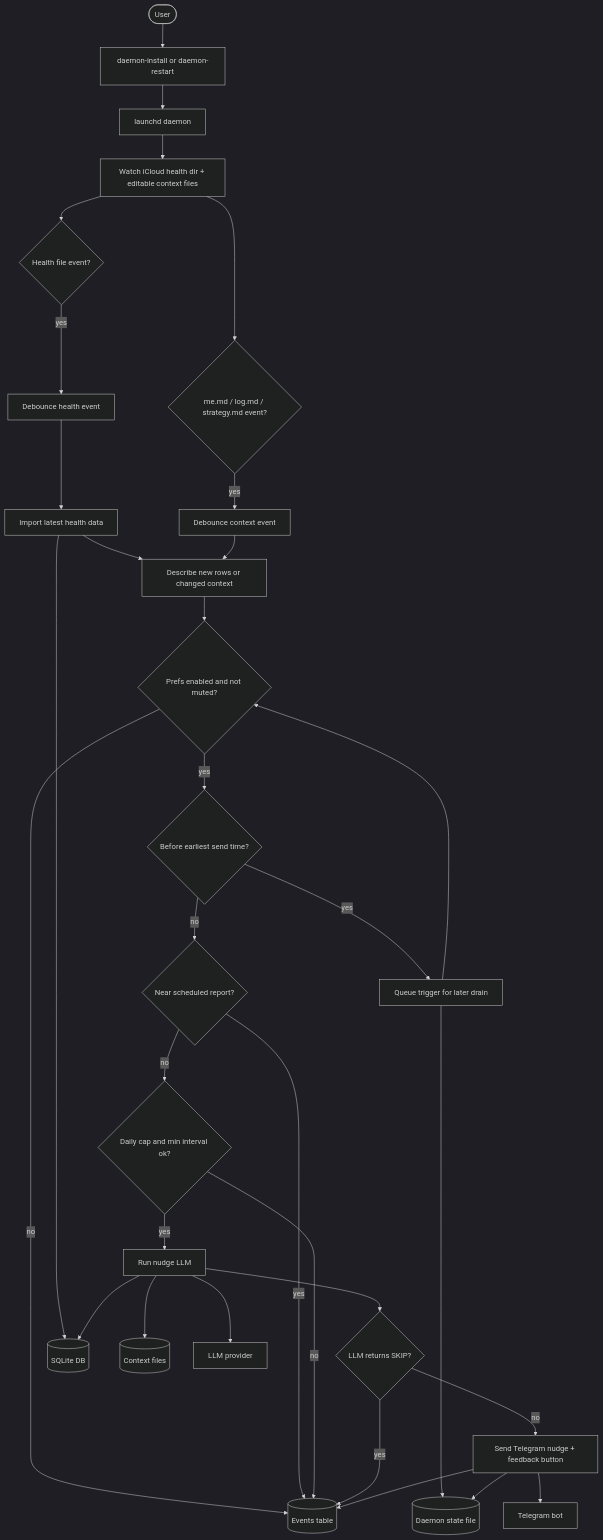
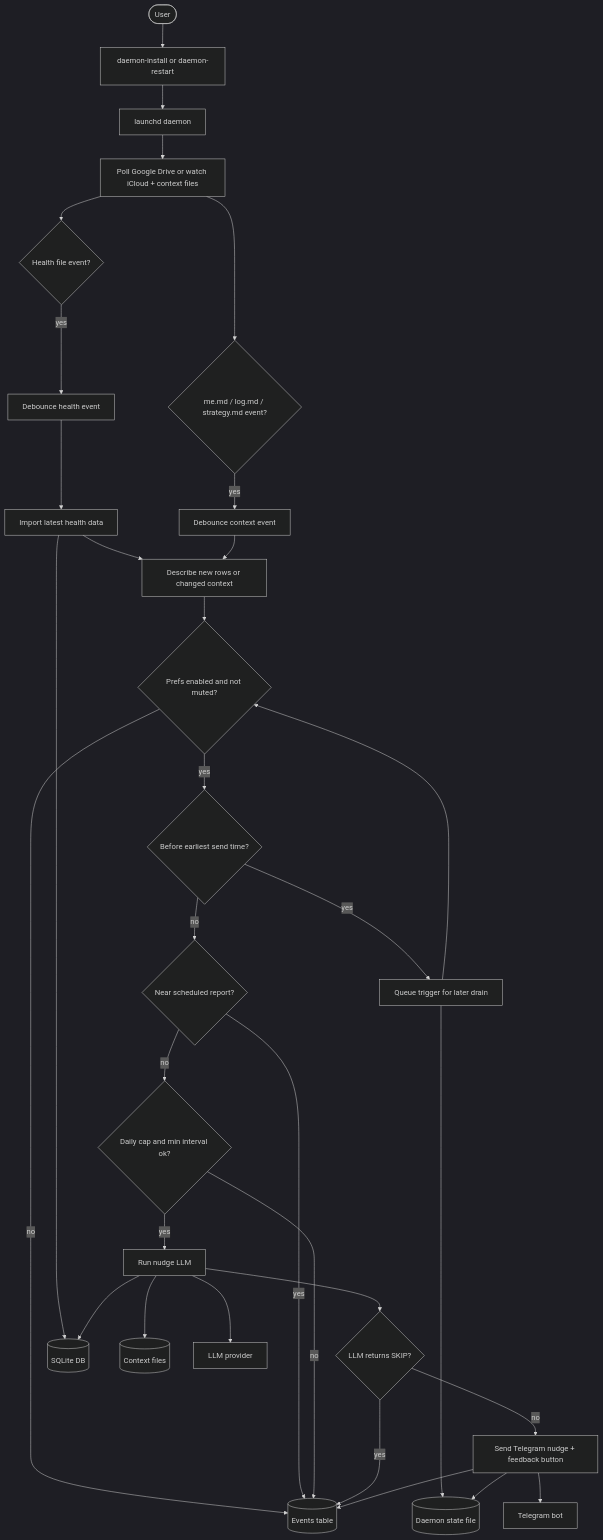
The third of 7 diagrams in docs/user-flow.md (Alchemication/zdrowskit), drawn with Mermaid (dark theme) before and after one commit. The commit also changed 18 other files, not shown here.

Commit message:
Poll Google Drive from daemon

````diff
--- a/docs/user-flow.md
+++ b/docs/user-flow.md
@@ -106,59 +106,59 @@
 ```mermaid
 flowchart TD
     user([User])
     install["daemon-install or daemon-restart"]
     daemon["launchd daemon"]
-    watcher["Watch iCloud health dir + editable context files"]
+    watcher["Poll Google Drive or watch iCloud + context files"]
     healthEvent{"Health file event?"}
     contextEvent{"me.md / log.md / strategy.md event?"}
     healthDebounce["Debounce health event"]
     contextDebounce["Debounce context event"]
     importData["Import latest health data"]
     delta["Describe new rows or changed context"]
     prefs{"Prefs enabled and not muted?"}
     quiet{"Before earliest send time?"}
     queue["Queue trigger for later drain"]
     reportWindow{"Near scheduled report?"}
     rate{"Daily cap and min interval ok?"}
     nudge["Run nudge LLM"]
     skip{"LLM returns SKIP?"}
     send["Send Telegram nudge + feedback button"]
     eventLog[(Events table)]
     state[(Daemon state file)]
     db[(SQLite DB)]
     context[(Context files)]
     llm["LLM provider"]
     telegram["Telegram bot"]
 
     user --> install
     install --> daemon
     daemon --> watcher
     watcher --> healthEvent
     watcher --> contextEvent
     healthEvent -- yes --> healthDebounce
     healthDebounce --> importData
     importData --> db
     importData --> delta
     contextEvent -- yes --> contextDebounce
     contextDebounce --> delta
     delta --> prefs
     prefs -- no --> eventLog
     prefs -- yes --> quiet
     quiet -- yes --> queue
     queue --> state
     queue --> prefs
     quiet -- no --> reportWindow
     reportWindow -- yes --> eventLog
     reportWindow -- no --> rate
     rate -- no --> eventLog
     rate -- yes --> nudge
     nudge --> db
     nudge --> context
     nudge --> llm
     nudge --> skip
     skip -- yes --> eventLog
     skip -- no --> send
     send --> telegram
     send --> state
     send --> eventLog
 ```
````
